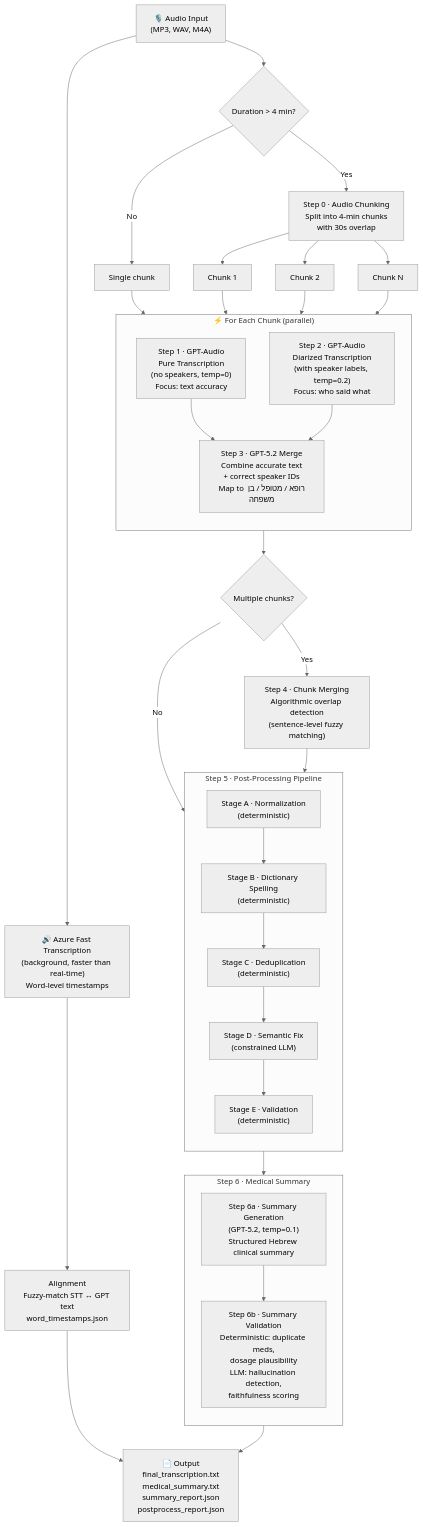
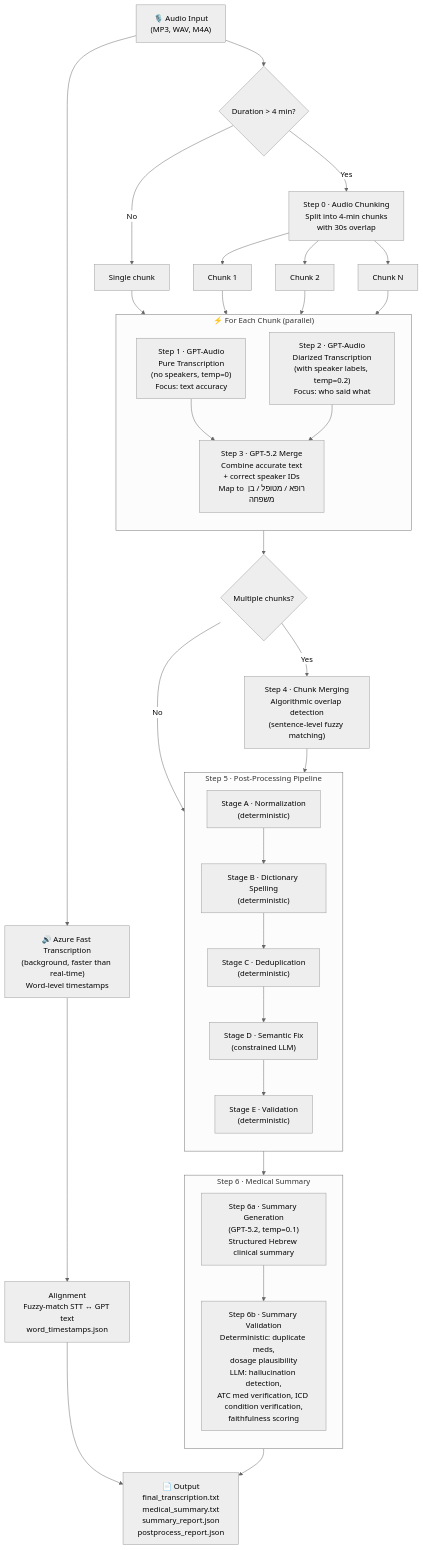
The diagram in README.md (roie9876/medical-diarization), drawn with Mermaid (neutral theme) before and after one commit. The commit also changed other lines of this file and 1 other file, not shown here.

````diff
--- a/README.md
+++ b/README.md
@@ -23,53 +23,53 @@
 ```mermaid
 flowchart TD
     A["🎙️ Audio Input\n(MP3, WAV, M4A)"] --> B{"Duration > 4 min?"}
 
     B -- No --> D1["Single chunk"]
     B -- Yes --> C["Step 0 · Audio Chunking\nSplit into 4-min chunks\nwith 30s overlap"]
     C --> D2["Chunk 1"]
     C --> D3["Chunk 2"]
     C --> D4["Chunk N"]
 
     D1 --> PAR
     D2 --> PAR
     D3 --> PAR
     D4 --> PAR
 
     subgraph PAR["⚡ For Each Chunk (parallel)"]
         direction TB
         E1["Step 1 · GPT-Audio\nPure Transcription\n(no speakers, temp=0)\nFocus: text accuracy"]
         E2["Step 2 · GPT-Audio\nDiarized Transcription\n(with speaker labels, temp=0.2)\nFocus: who said what"]
         E1 --> F["Step 3 · GPT-5.2 Merge\nCombine accurate text\n+ correct speaker IDs\nMap to רופא / מטופל / בן משפחה"]
         E2 --> F
     end
 
     PAR --> G{"Multiple chunks?"}
     G -- Yes --> H["Step 4 · Chunk Merging\nAlgorithmic overlap detection\n(sentence-level fuzzy matching)"]
     G -- No --> I
     H --> I
 
     subgraph I["Step 5 · Post-Processing Pipeline"]
         direction TB
         SA["Stage A · Normalization\n(deterministic)"]
         SB["Stage B · Dictionary Spelling\n(deterministic)"]
         SC["Stage C · Deduplication\n(deterministic)"]
         SD["Stage D · Semantic Fix\n(constrained LLM)"]
         SE["Stage E · Validation\n(deterministic)"]
         SA --> SB --> SC --> SD --> SE
     end
 
     I --> K
 
     subgraph K["Step 6 · Medical Summary"]
         direction TB
         K1["Step 6a · Summary Generation\n(GPT-5.2, temp=0.1)\nStructured Hebrew clinical summary"]
-        K2["Step 6b · Summary Validation\nDeterministic: duplicate meds,\ndosage plausibility\nLLM: hallucination detection,\nfaithfulness scoring"]
+        K2["Step 6b · Summary Validation\nDeterministic: duplicate meds,\ndosage plausibility\nLLM: hallucination detection,\nATC med verification, ICD condition verification,\nfaithfulness scoring"]
         K1 --> K2
     end
 
     K --> J["📄 Output\nfinal_transcription.txt\nmedical_summary.txt\nsummary_report.json\npostprocess_report.json"]
 
     A --> STT["🔊 Azure Fast Transcription\n(background, faster than real-time)\nWord-level timestamps"]
     STT --> ALIGN["Alignment\nFuzzy-match STT ↔ GPT text\nword_timestamps.json"]
     ALIGN --> J
 ```
````
